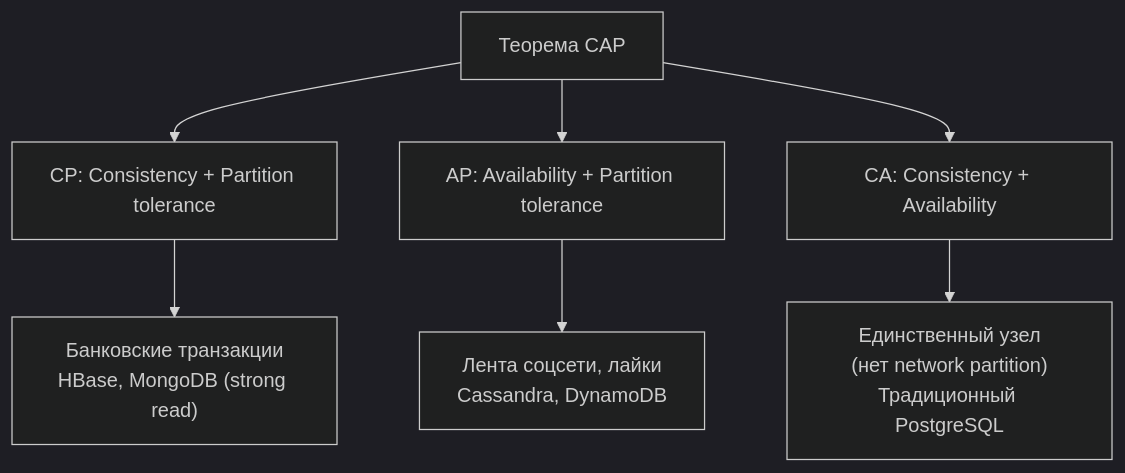
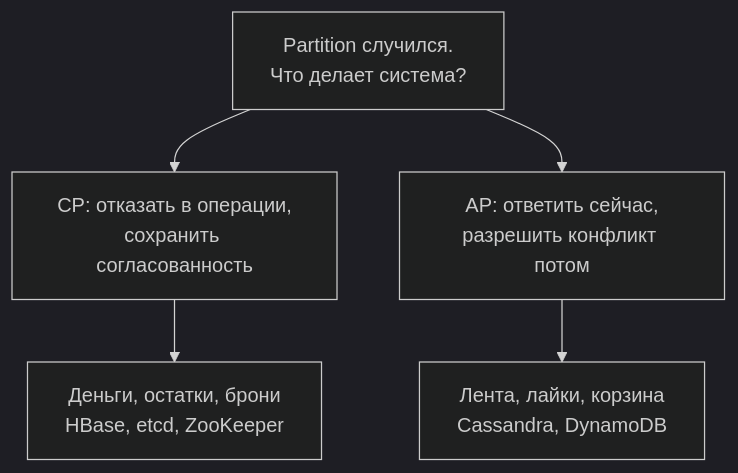
Before and after one commit to Kert0n/KPO: the fifth of 16 diagrams in content/lectures/Lec9/vitepress.md, drawn with Mermaid (dark theme). The commit also changed other lines of this file, not shown here.

````diff
--- a/content/lectures/Lec9/vitepress.md
+++ b/content/lectures/Lec9/vitepress.md
@@ -127,9 +213,7 @@
 ```mermaid
 flowchart TD
-    CAP["Теорема CAP"] --> CP["CP: Consistency + Partition tolerance"]
-    CAP --> AP["AP: Availability + Partition tolerance"]
-    CAP --> CA["CA: Consistency + Availability"]
-    CP --> CPex["Банковские транзакции\nHBase, MongoDB (strong read)"]
-    AP --> APex["Лента соцсети, лайки\nCassandra, DynamoDB"]
-    CA --> CAex["Единственный узел\n(нет network partition)\nТрадиционный PostgreSQL"]
+    CAP["Partition случился.\nЧто делает система?"] --> CP["CP: отказать в операции,\nсохранить согласованность"]
+    CAP --> AP["AP: ответить сейчас,\nразрешить конфликт потом"]
+    CP --> CPex["Деньги, остатки, брони\nHBase, etcd, ZooKeeper"]
+    AP --> APex["Лента, лайки, корзина\nCassandra, DynamoDB"]
 ```
````
